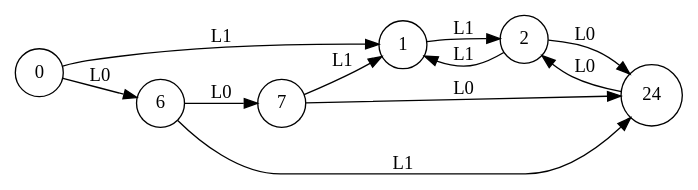
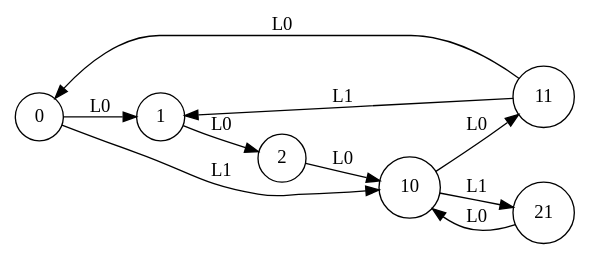
Before and after one commit to k85-ai/KB1: the diagram in learning_E0/learnt-automaton_5_2_2_7~2.dot, drawn with Graphviz. The commit also changed 403 other files, not shown here.

Commit message:
rerun basic edsm model and upload figure

```diff
--- a/learning_E0/learnt-automaton_5_2_2_7~2.dot
+++ b/learning_E0/learnt-automaton_5_2_2_7~2.dot
@@ -1,19 +1,18 @@
 digraph learntMachine {
   rankdir=LR;
   0 [shape=circle, label="0"];
   1 [shape=circle, label="1"];
   2 [shape=circle, label="2"];
-  6 [shape=circle, label="6"];
-  7 [shape=circle, label="7"];
-  24 [shape=circle, label="24"];
-  0 -> 1 [label="L1"];
-  1 -> 2 [label="L1"];
-  2 -> 24 [label="L0"];
-  0 -> 6 [label="L0"];
-  6 -> 7 [label="L0"];
-  7 -> 1 [label="L1"];
-  2 -> 1 [label="L1"];
-  6 -> 24 [label="L1"];
-  24 -> 2 [label="L0"];
-  7 -> 24 [label="L0"];
+  10 [shape=circle, label="10"];
+  11 [shape=circle, label="11"];
+  21 [shape=circle, label="21"];
+  0 -> 1 [label="L0"];
+  1 -> 2 [label="L0"];
+  2 -> 10 [label="L0"];
+  0 -> 10 [label="L1"];
+  10 -> 11 [label="L0"];
+  11 -> 1 [label="L1"];
+  11 -> 0 [label="L0"];
+  10 -> 21 [label="L1"];
+  21 -> 10 [label="L0"];
 }
```
